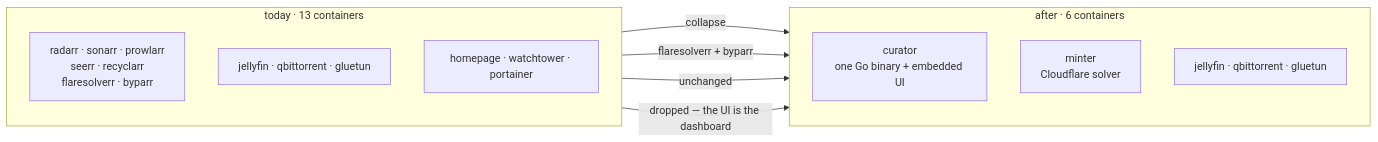
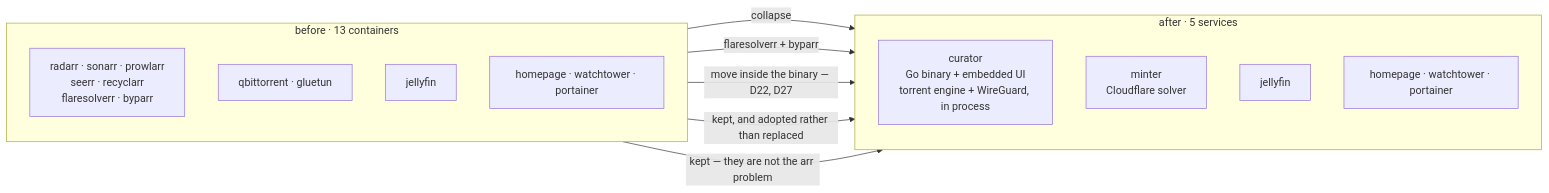
The first of 4 diagrams in docs/architecture.md (DulsaraNethmin/Curator), drawn with Mermaid before and after one commit. The commit also changed other lines of this file and 8 other files, not shown here.

````diff
--- a/docs/architecture.md
+++ b/docs/architecture.md
@@ -12,21 +13,24 @@
 ```mermaid
 flowchart LR
-    subgraph before["today · 13 containers"]
+    subgraph before["before · 13 containers"]
         direction TB
         arr["radarr · sonarr · prowlarr<br/>seerr · recyclarr<br/>flaresolverr · byparr"]
-        infra1["jellyfin · qbittorrent · gluetun"]
+        dl["qbittorrent · gluetun"]
+        infra1["jellyfin"]
         extra["homepage · watchtower · portainer"]
     end
 
-    subgraph after["after · 6 containers"]
+    subgraph after["after · 5 services"]
         direction TB
-        cur["curator<br/>one Go binary + embedded UI"]
+        cur["curator<br/>Go binary + embedded UI<br/>torrent engine + WireGuard, in process"]
         mint["minter<br/>Cloudflare solver"]
-        infra2["jellyfin · qbittorrent · gluetun"]
+        infra2["jellyfin"]
+        extra2["homepage · watchtower · portainer"]
     end
 
     arr -->|"collapse"| cur
     arr -->|"flaresolverr + byparr"| mint
-    infra1 -->|"unchanged"| infra2
-    extra -->|"dropped — the UI is the dashboard"| after
+    dl -->|"move inside the binary — D22, D27"| cur
+    infra1 -->|"kept, and adopted rather than replaced"| infra2
+    extra -->|"kept — they are not the arr problem"| extra2
 ```
````
